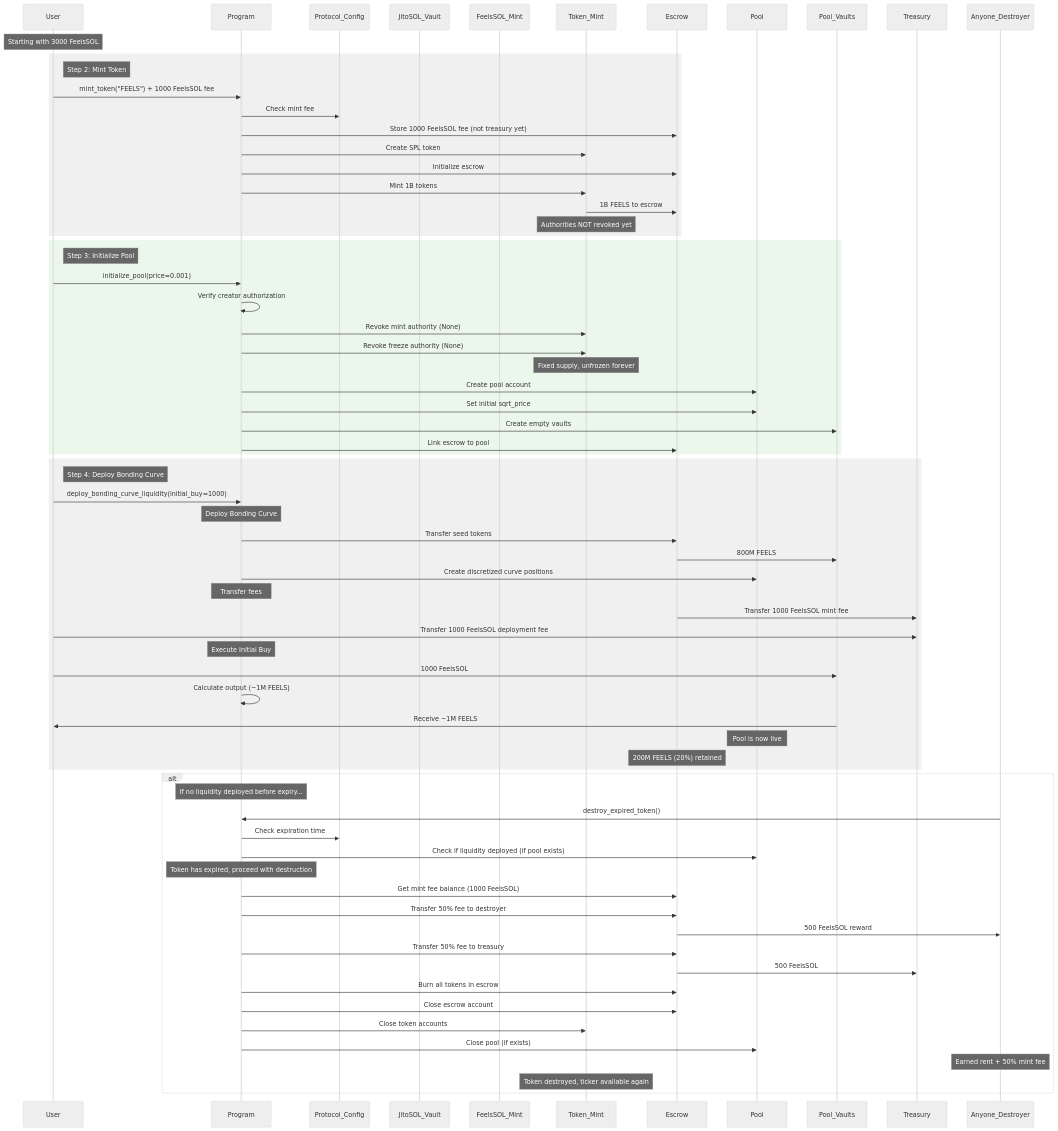
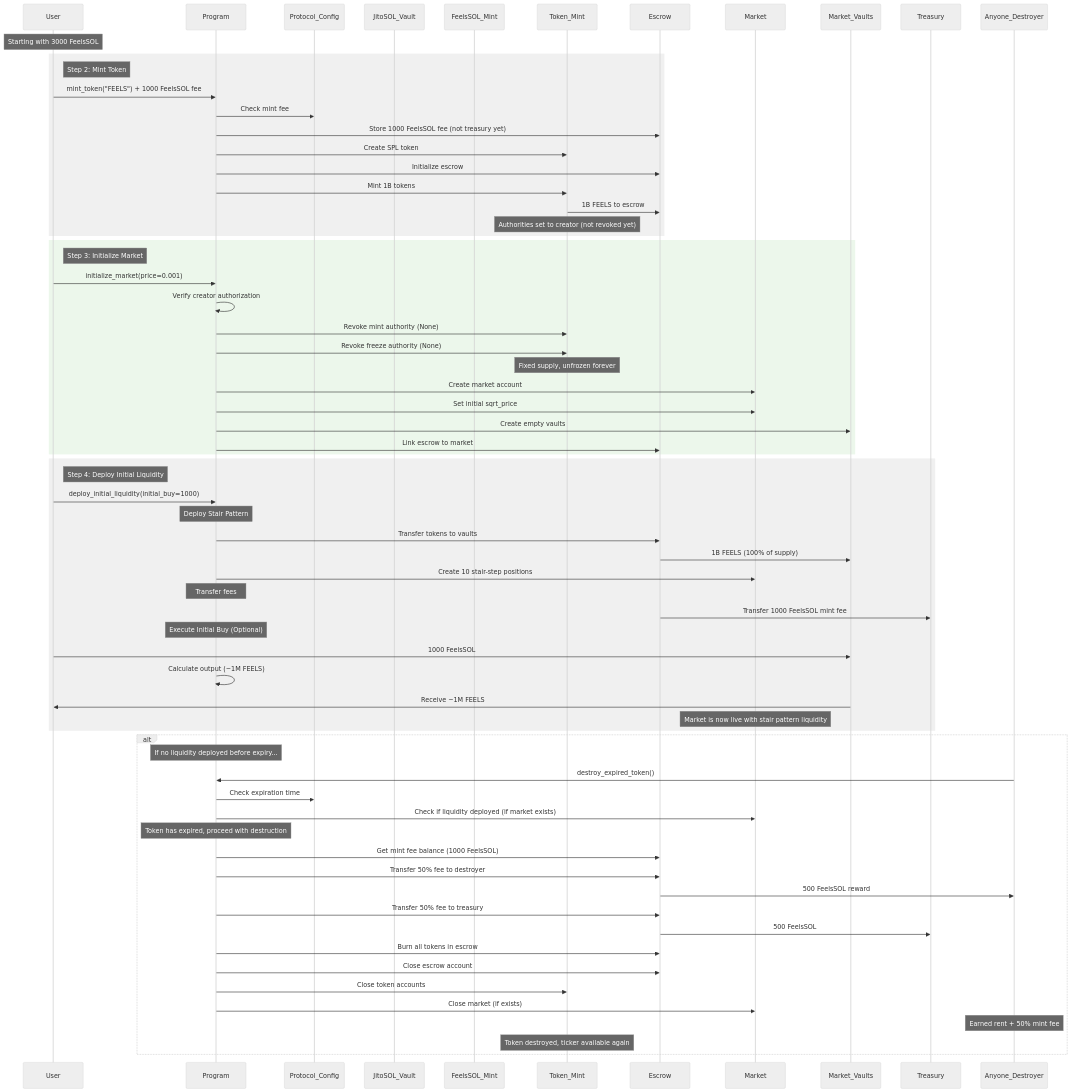
One commit to FeelsDEX/feels changed the diagram in docs/300_launch_sequence.md. Above: the diagram before and after it, drawn with Mermaid (neutral theme). The commit also changed other lines of this file and 97 other files, not shown here.

```diff
--- a/docs/300_launch_sequence.md
+++ b/docs/300_launch_sequence.md
@@ -273,8 +272,8 @@
     participant FeelsSOL_Mint
     participant Token_Mint
     participant Escrow
-    participant Pool
-    participant Pool_Vaults
+    participant Market
+    participant Market_Vaults
     participant Treasury
     participant Anyone_Destroyer
     
@@ -289,49 +288,47 @@
         Program->>Escrow: Initialize escrow
         Program->>Token_Mint: Mint 1B tokens
         Token_Mint->>Escrow: 1B FEELS to escrow
-        Note over Token_Mint: Authorities NOT revoked yet
+        Note over Token_Mint: Authorities set to creator (not revoked yet)
     end
     
     rect rgb(236, 247, 235)
-        Note right of User: Step 3: Initialize Pool
-        User->>Program: initialize_pool(price=0.001)
+        Note right of User: Step 3: Initialize Market
+        User->>Program: initialize_market(price=0.001)
         Program->>Program: Verify creator authorization
         Program->>Token_Mint: Revoke mint authority (None)
         Program->>Token_Mint: Revoke freeze authority (None)
         Note over Token_Mint: Fixed supply, unfrozen forever
-        Program->>Pool: Create pool account
-        Program->>Pool: Set initial sqrt_price
-        Program->>Pool_Vaults: Create empty vaults
-        Program->>Escrow: Link escrow to pool
+        Program->>Market: Create market account
+        Program->>Market: Set initial sqrt_price
+        Program->>Market_Vaults: Create empty vaults
+        Program->>Escrow: Link escrow to market
     end
     
     rect rgb(240, 240, 240)
-        Note right of User: Step 4: Deploy Bonding Curve
-        User->>Program: deploy_bonding_curve_liquidity(initial_buy=1000)
+        Note right of User: Step 4: Deploy Initial Liquidity
+        User->>Program: deploy_initial_liquidity(initial_buy=1000)
         
-        Note over Program: Deploy Bonding Curve
-        Program->>Escrow: Transfer seed tokens
-        Escrow->>Pool_Vaults: 800M FEELS
-        Program->>Pool: Create discretized curve positions
+        Note over Program: Deploy Stair Pattern
+        Program->>Escrow: Transfer tokens to vaults
+        Escrow->>Market_Vaults: 1B FEELS (100% of supply)
+        Program->>Market: Create 10 stair-step positions
         
         Note over Program: Transfer fees
         Escrow->>Treasury: Transfer 1000 FeelsSOL mint fee
-        User->>Treasury: Transfer 1000 FeelsSOL deployment fee
         
-        Note over Program: Execute Initial Buy
-        User->>Pool_Vaults: 1000 FeelsSOL
+        Note over Program: Execute Initial Buy (Optional)
+        User->>Market_Vaults: 1000 FeelsSOL
         Program->>Program: Calculate output (~1M FEELS)
-        Pool_Vaults->>User: Receive ~1M FEELS
+        Market_Vaults->>User: Receive ~1M FEELS
         
-        Note over Pool: Pool is now live
-        Note over Escrow: 200M FEELS (20%) retained
+        Note over Market: Market is now live with stair pattern liquidity
     end
     
     alt        
         Note over Program: If no liquidity deployed before expiry...
         Anyone_Destroyer->>Program: destroy_expired_token()
         Program->>Protocol_Config: Check expiration time
-        Program->>Pool: Check if liquidity deployed (if pool exists)
+        Program->>Market: Check if liquidity deployed (if market exists)
         
         Note over Program: Token has expired, proceed with destruction
         
@@ -344,7 +341,7 @@
         Program->>Escrow: Burn all tokens in escrow
         Program->>Escrow: Close escrow account
         Program->>Token_Mint: Close token accounts
-        Program->>Pool: Close pool (if exists)
+        Program->>Market: Close market (if exists)
         
         Note over Anyone_Destroyer: Earned rent + 50% mint fee
         Note over Token_Mint: Token destroyed, ticker available again
```
